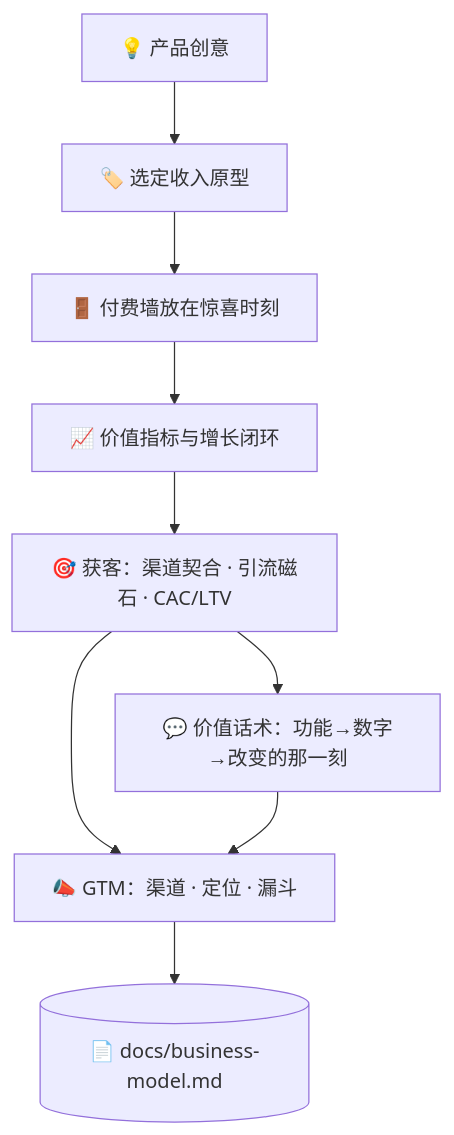
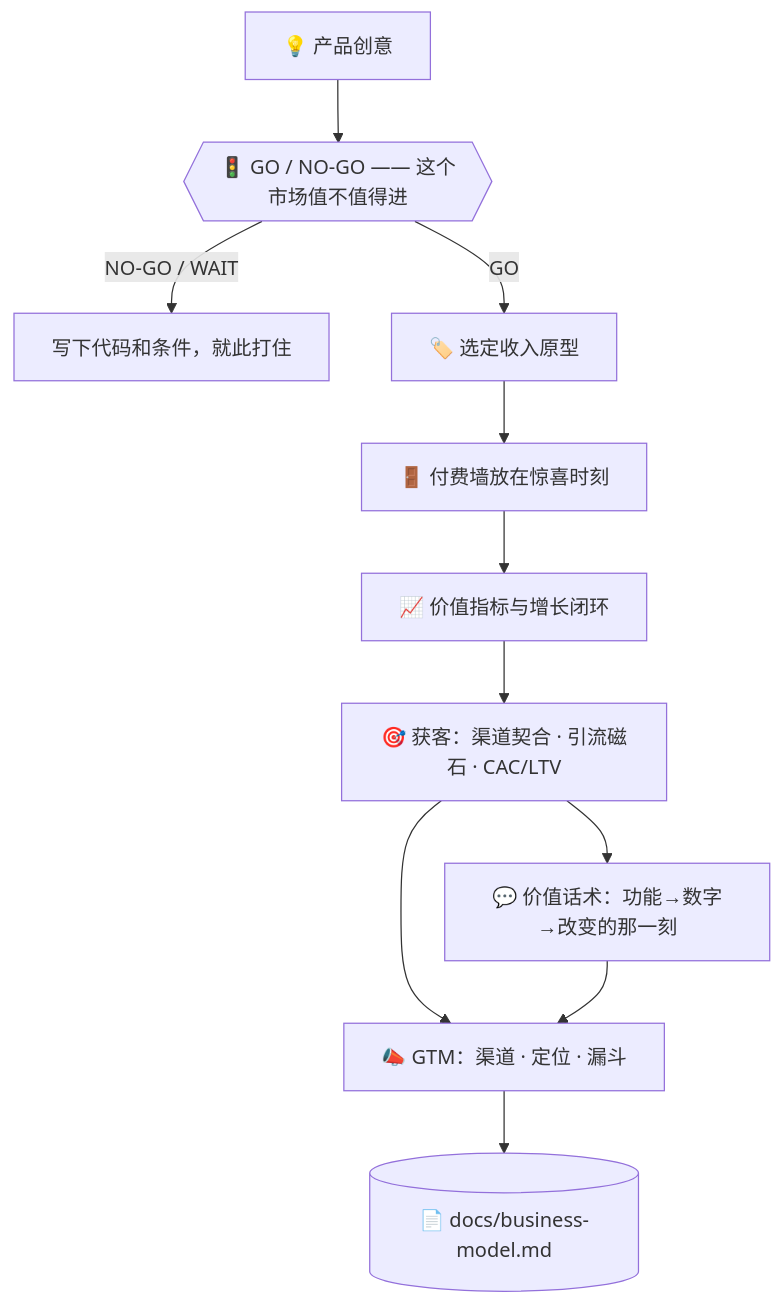
Before and after one commit to takaoumehara/superforge-skill: the diagram in skills/superforge-biz/README.zh-CN.md, drawn with Mermaid. The commit also changed other lines of this file and 92 other files, not shown here.

````diff
--- a/skills/superforge-biz/README.zh-CN.md
+++ b/skills/superforge-biz/README.zh-CN.md
@@ -23,11 +23,13 @@
 ```mermaid
 flowchart TD
-    I[💡 产品创意] --> A[🏷️ 选定收入原型]
+    I[💡 产品创意] --> Z{{🚦 GO / NO-GO —— 这个市场值不值得进}}
+    Z -->|NO-GO / WAIT| ZS[写下代码和条件，就此打住]
+    Z -->|GO| A[🏷️ 选定收入原型]
     A --> B[🚪 付费墙放在惊喜时刻]
     B --> C[📈 价值指标与增长闭环]
     C --> D[🎯 获客：渠道契合 · 引流磁石 · CAC/LTV]
     D --> P[💬 价值话术：功能→数字→改变的那一刻]
     D --> E2[📣 GTM：渠道 · 定位 · 漏斗]
     P --> E2
     E2 --> E[(📄 docs/business-model.md)]
 ```
````
